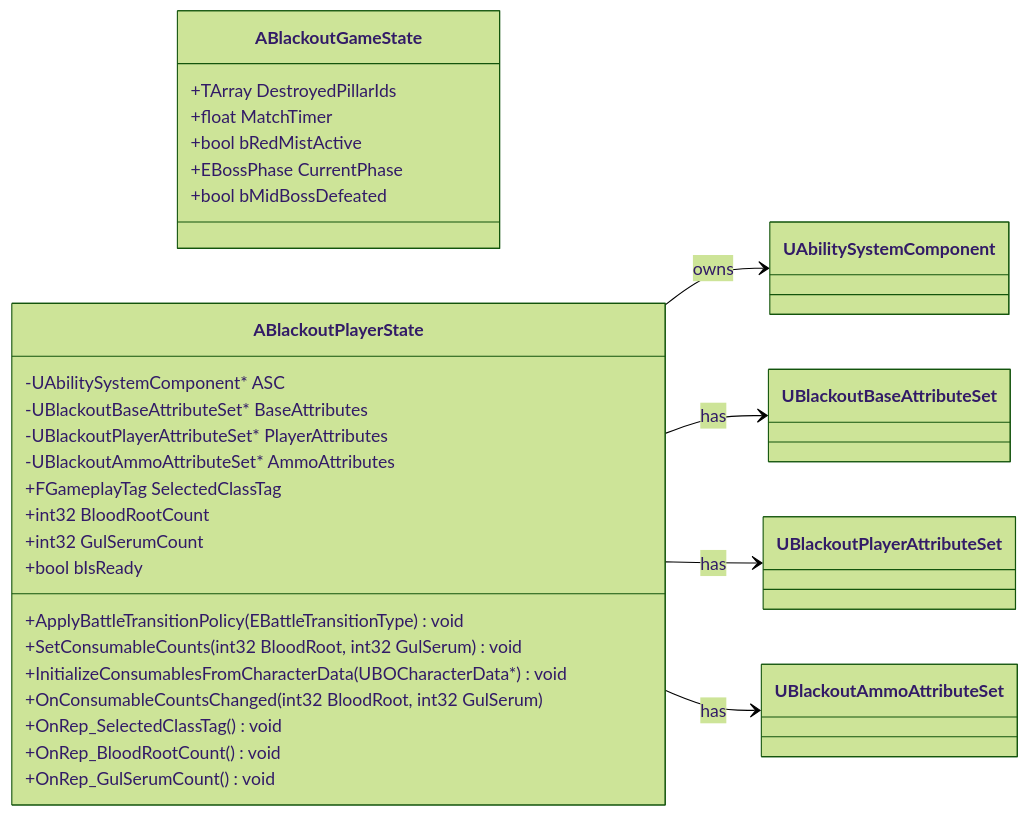
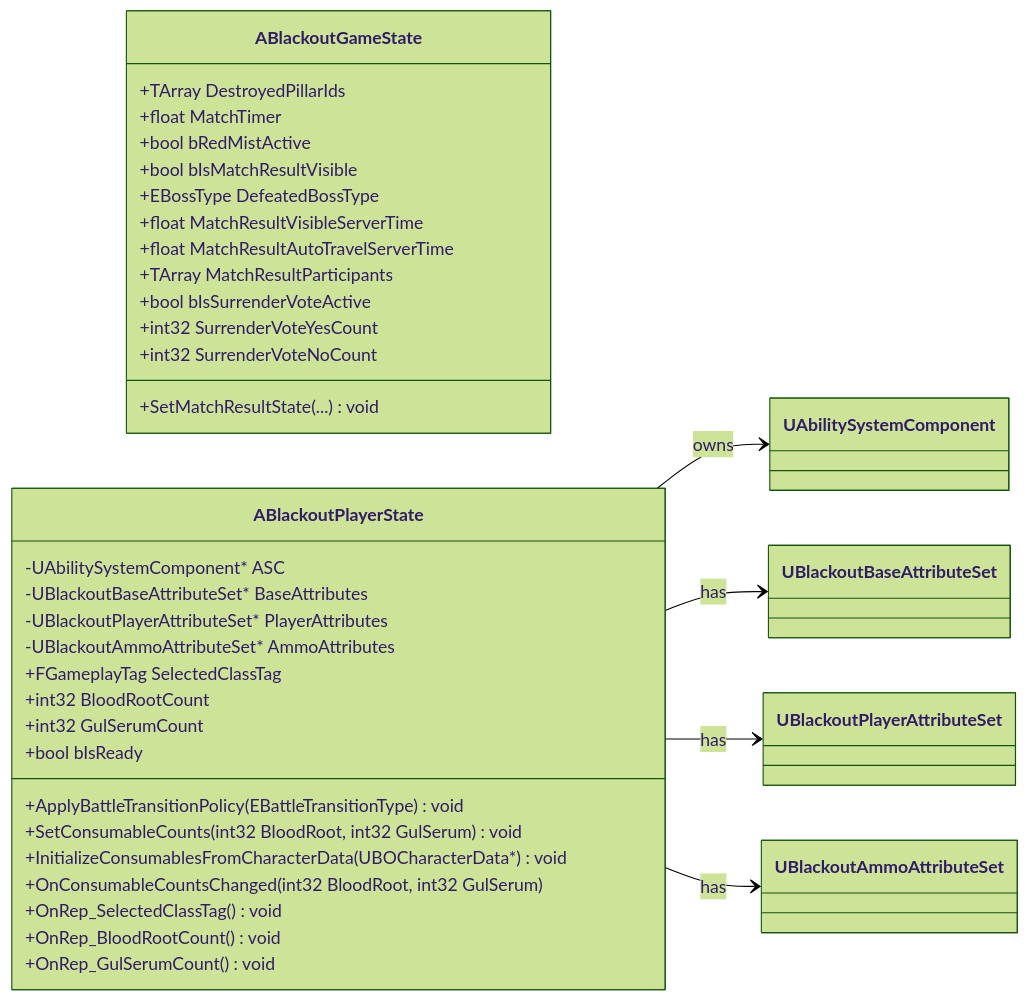
One commit to seongwon1579/ProjectBlackout changed the third of 15 diagrams in Docs/Project_Blackout_클래스다이어그램.md. Above: the diagram before and after it, drawn with Mermaid (forest theme). The commit also changed other lines of this file and 24 other files, not shown here.

Commit message:
Docs: 클래스 다이어그램 최신화

````diff
--- a/Docs/Project_Blackout_클래스다이어그램.md
+++ b/Docs/Project_Blackout_클래스다이어그램.md
@@ -101,35 +136,42 @@
 ```mermaid
 classDiagram
     direction LR
 
     class ABlackoutGameState {
         +TArray DestroyedPillarIds
         +float MatchTimer
         +bool bRedMistActive
-        +EBossPhase CurrentPhase
-        +bool bMidBossDefeated
+        +bool bIsMatchResultVisible
+        +EBossType DefeatedBossType
+        +float MatchResultVisibleServerTime
+        +float MatchResultAutoTravelServerTime
+        +TArray MatchResultParticipants
+        +bool bIsSurrenderVoteActive
+        +int32 SurrenderVoteYesCount
+        +int32 SurrenderVoteNoCount
+        +SetMatchResultState(...) void
     }
 
     class ABlackoutPlayerState {
         -UAbilitySystemComponent* ASC
         -UBlackoutBaseAttributeSet* BaseAttributes
         -UBlackoutPlayerAttributeSet* PlayerAttributes
         -UBlackoutAmmoAttributeSet* AmmoAttributes
         +FGameplayTag SelectedClassTag
         +int32 BloodRootCount
         +int32 GulSerumCount
         +bool bIsReady
         +ApplyBattleTransitionPolicy(EBattleTransitionType) void
         +SetConsumableCounts(int32 BloodRoot, int32 GulSerum) void
         +InitializeConsumablesFromCharacterData(UBOCharacterData*) void
         +OnConsumableCountsChanged(int32 BloodRoot, int32 GulSerum)
         +OnRep_SelectedClassTag() void
         +OnRep_BloodRootCount() void
         +OnRep_GulSerumCount() void
     }
 
     ABlackoutPlayerState --> UAbilitySystemComponent : owns
     ABlackoutPlayerState --> UBlackoutBaseAttributeSet : has
     ABlackoutPlayerState --> UBlackoutPlayerAttributeSet : has
     ABlackoutPlayerState --> UBlackoutAmmoAttributeSet : has
 ```
````
